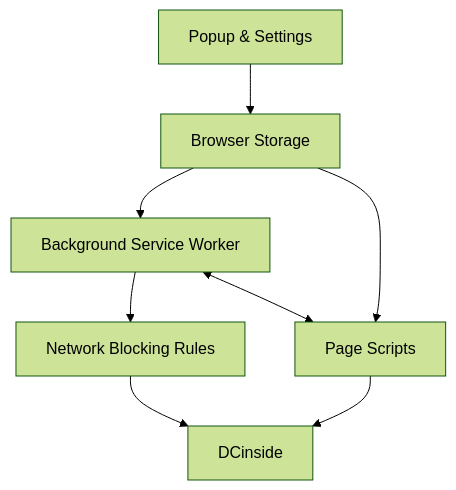
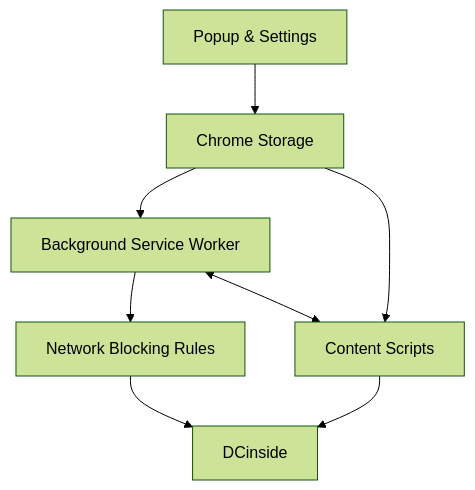
The diagram in README.md (diligencefrozen/DCinside-Gallery-Blocker), drawn with Mermaid (forest theme) before and after one commit. The commit also changed other lines of this file and 1 other file, not shown here.

````diff
--- a/README.md
+++ b/README.md
@@ -135,17 +205,17 @@
 ```mermaid
 flowchart TD
     UI["Popup & Settings"]
-    Storage["Browser Storage"]
+    Storage["Chrome Storage"]
     Background["Background Service Worker"]
-    Content["Page Scripts"]
+    Content["Content Scripts"]
     Rules["Network Blocking Rules"]
     Site["DCinside"]
 
     UI --> Storage
     Storage --> Background
     Storage --> Content
     Background --> Rules
     Background <--> Content
     Rules --> Site
     Content --> Site
 ```
````
